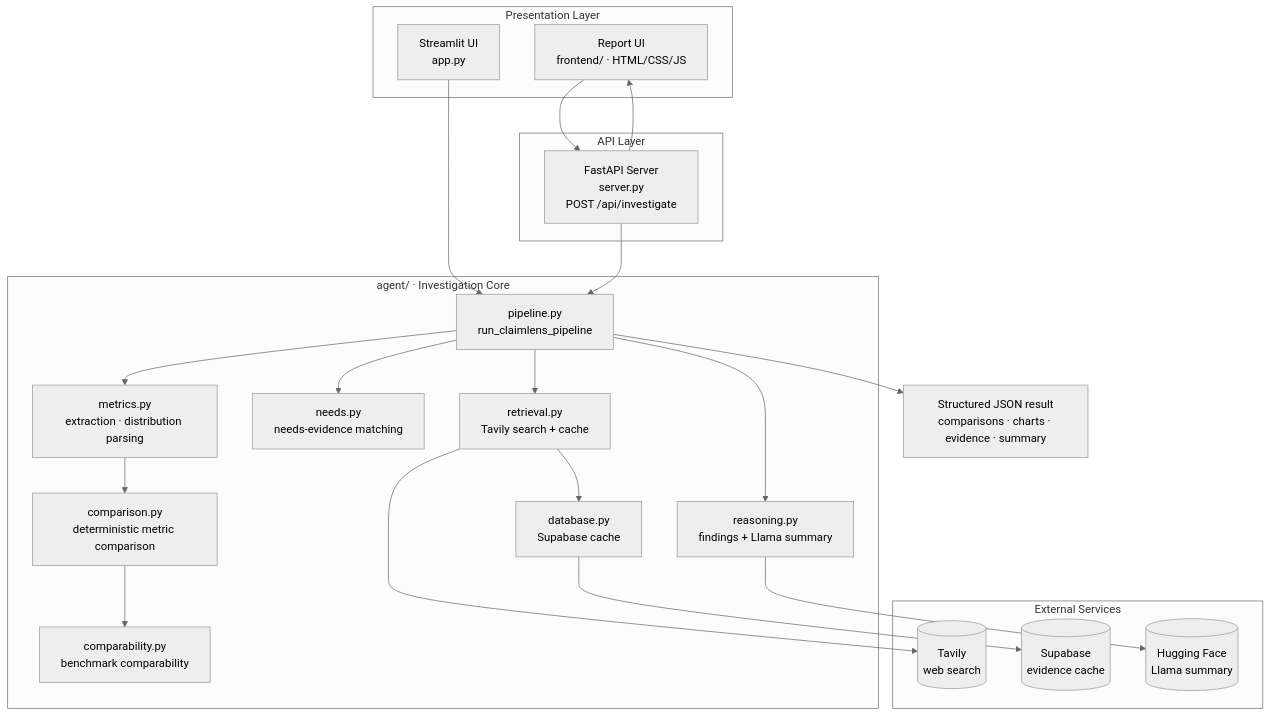
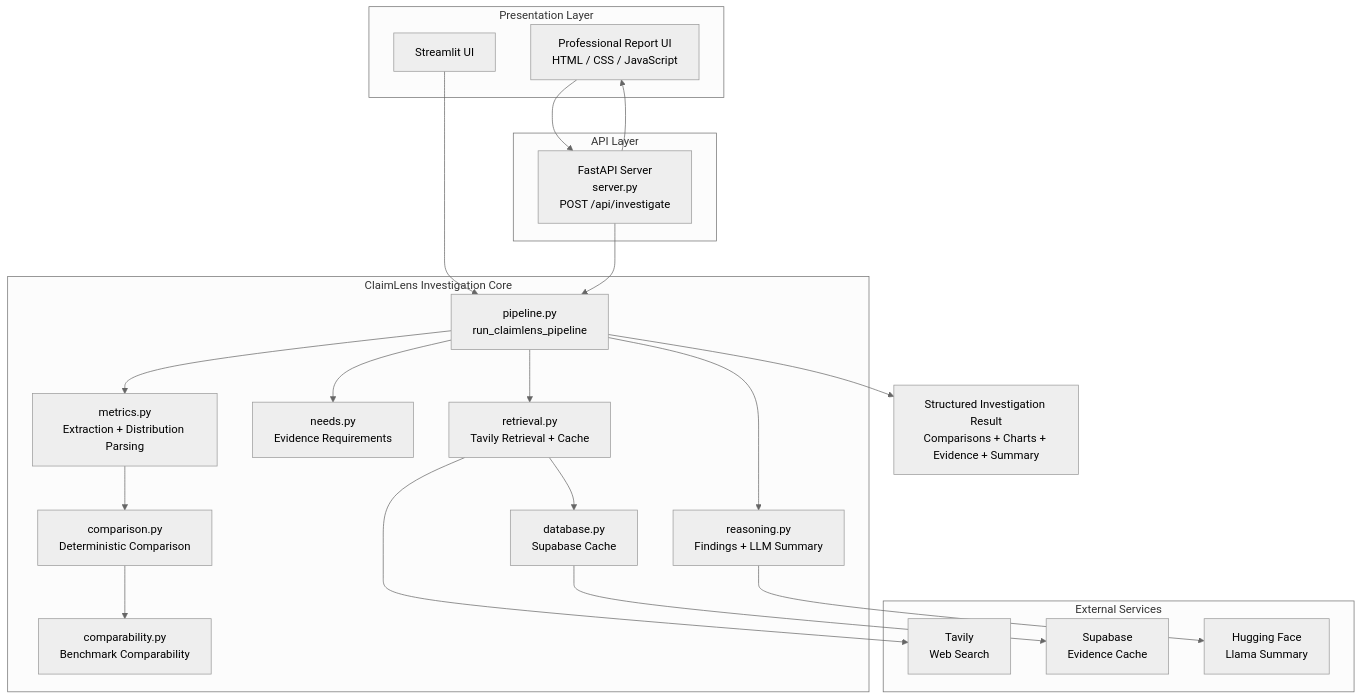
The diagram in README.md (BaranikumarNagarajan/ClaimLens-AI), drawn with Mermaid (neutral theme) before and after one commit. The commit also changed other lines of this file, not shown here.

````diff
--- a/README.md
+++ b/README.md
@@ -44,41 +302,52 @@
 ```mermaid
 flowchart TD
-    subgraph UI [Presentation Layer]
-        A1[Report UI<br/>frontend/ · HTML/CSS/JS]
-        A2[Streamlit UI<br/>app.py]
+
+    subgraph UI["Presentation Layer"]
+        A1["Professional Report UI<br/>HTML / CSS / JavaScript"]
+        A2["Streamlit UI"]
     end
 
-    subgraph API [API Layer]
-        B[FastAPI Server<br/>server.py<br/>POST /api/investigate]
+    subgraph API["API Layer"]
+        B["FastAPI Server<br/>server.py<br/>POST /api/investigate"]
     end
 
-    subgraph CORE [agent/ · Investigation Core]
-        C[pipeline.py<br/>run_claimlens_pipeline]
-        D[metrics.py<br/>extraction · distribution parsing]
-        E[comparison.py<br/>deterministic metric comparison]
-        F[comparability.py<br/>benchmark comparability]
-        G[needs.py<br/>needs-evidence matching]
-        H[reasoning.py<br/>findings + Llama summary]
-        I[retrieval.py<br/>Tavily search + cache]
-        J[database.py<br/>Supabase cache]
+    subgraph CORE["ClaimLens Investigation Core"]
+        C["pipeline.py<br/>run_claimlens_pipeline"]
+        D["metrics.py<br/>Extraction + Distribution Parsing"]
+        E["comparison.py<br/>Deterministic Comparison"]
+        F["comparability.py<br/>Benchmark Comparability"]
+        G["needs.py<br/>Evidence Requirements"]
+        H["reasoning.py<br/>Findings + LLM Summary"]
+        I["retrieval.py<br/>Tavily Retrieval + Cache"]
+        J["database.py<br/>Supabase Cache"]
     end
 
-    subgraph EXT [External Services]
-        K[(Tavily<br/>web search)]
-        L[(Supabase<br/>evidence cache)]
-        M[(Hugging Face<br/>Llama summary)]
+    subgraph EXT["External Services"]
+        K["Tavily<br/>Web Search"]
+        L["Supabase<br/>Evidence Cache"]
+        M["Hugging Face<br/>Llama Summary"]
     end
 
     A1 --> B
     A2 --> C
+
     B --> C
-    C --> D --> E --> F
+
+    C --> D
+    D --> E
+    E --> F
+
     C --> G
     C --> H
     C --> I
+
     I --> K
-    I --> J --> L
+    I --> J
+    J --> L
+
     H --> M
-    C --> N[Structured JSON result<br/>comparisons · charts · evidence · summary]
+
+    C --> N["Structured Investigation Result<br/>Comparisons + Charts + Evidence + Summary"]
+
     B --> A1
 ```
````
